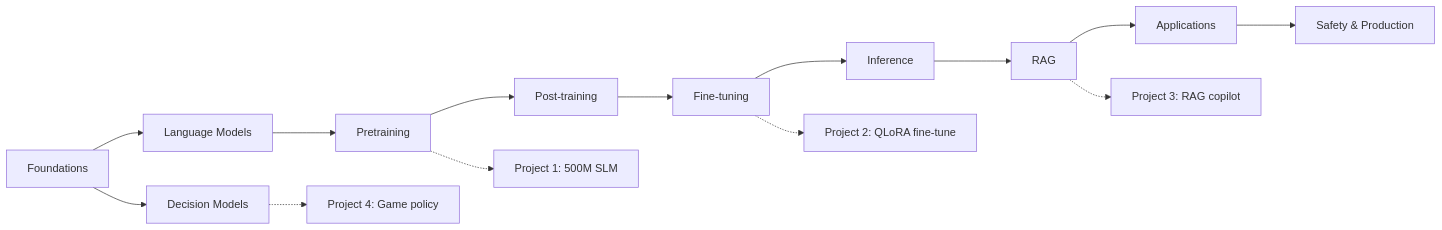
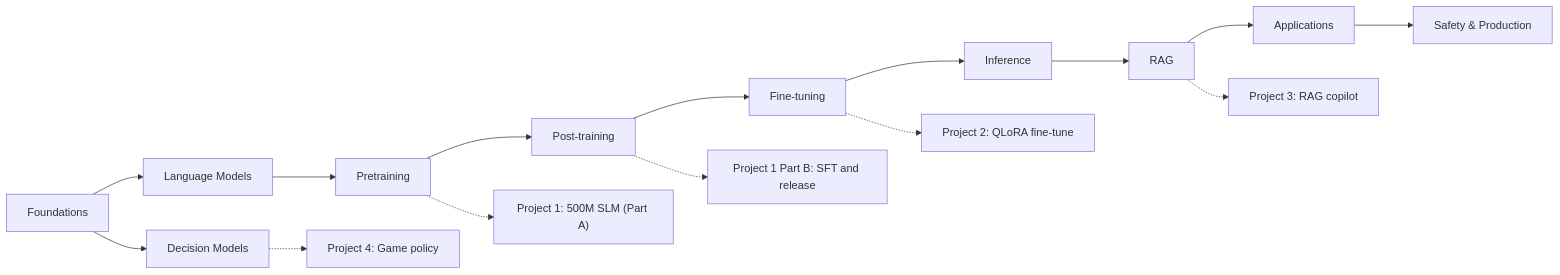
The diagram in docs/start/index.md (vivek-rm-14286/llm-from-scratch), drawn with Mermaid before and after one commit. The commit also changed other lines of this file and 129 other files, not shown here.

````diff
--- a/docs/start/index.md
+++ b/docs/start/index.md
@@ -30,16 +32,17 @@
 ```mermaid
 flowchart LR
     F[Foundations] --> L[Language Models]
     L --> P[Pretraining]
     P --> PT[Post-training]
     PT --> FT[Fine-tuning]
     FT --> I[Inference]
     I --> R[RAG]
     R --> AP[Applications]
     AP --> SP[Safety & Production]
     F --> D[Decision Models]
-    P -.-> P1["Project 1: 500M SLM"]
+    P -.-> P1["Project 1: 500M SLM (Part A)"]
+    PT -.-> P1B["Project 1 Part B: SFT and release"]
     FT -.-> P2["Project 2: QLoRA fine-tune"]
     R -.-> P3["Project 3: RAG copilot"]
     D -.-> P4["Project 4: Game policy"]
 ```
````
